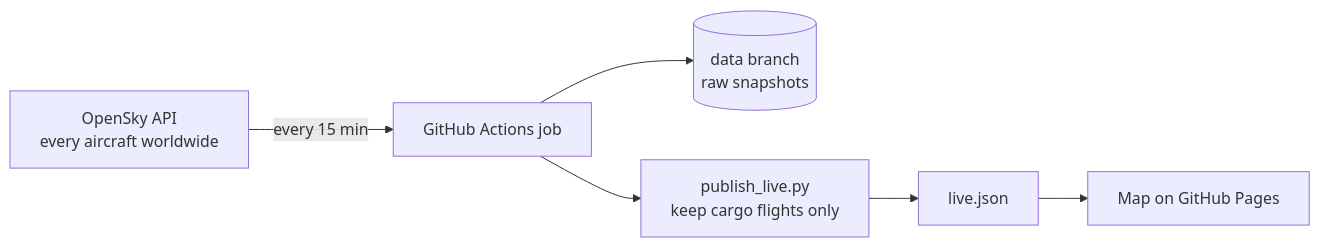
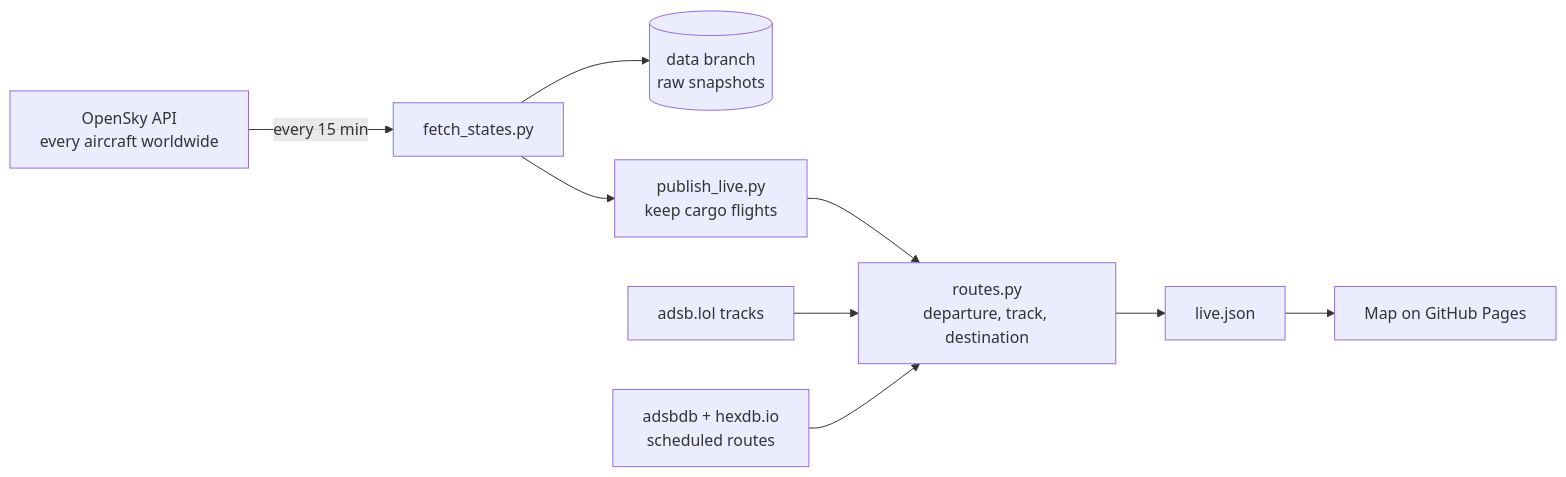
One commit to mintyfizz/cargo-flight-tracker changed the diagram in README.md. Above: the diagram before and after it, drawn with Mermaid. The commit also changed other lines of this file, not shown here.

Commit message:
README: full rewrite covering routes, layout, limits and data sources

````diff
--- a/README.md
+++ b/README.md
@@ -9,8 +18,11 @@
 ```mermaid
 flowchart LR
-    A[OpenSky API<br>every aircraft worldwide] -->|every 15 min| B[GitHub Actions job]
+    A[OpenSky API<br>every aircraft worldwide] -->|every 15 min| B[fetch_states.py]
     B --> C[(data branch<br>raw snapshots)]
-    B --> D[publish_live.py<br>keep cargo flights only]
-    D --> E[live.json]
+    B --> D[publish_live.py<br>keep cargo flights]
+    D --> R[routes.py<br>departure, track, destination]
+    T[adsb.lol tracks] --> R
+    S[adsbdb + hexdb.io<br>scheduled routes] --> R
+    R --> E[live.json]
     E --> F[Map on GitHub Pages]
 ```
````
